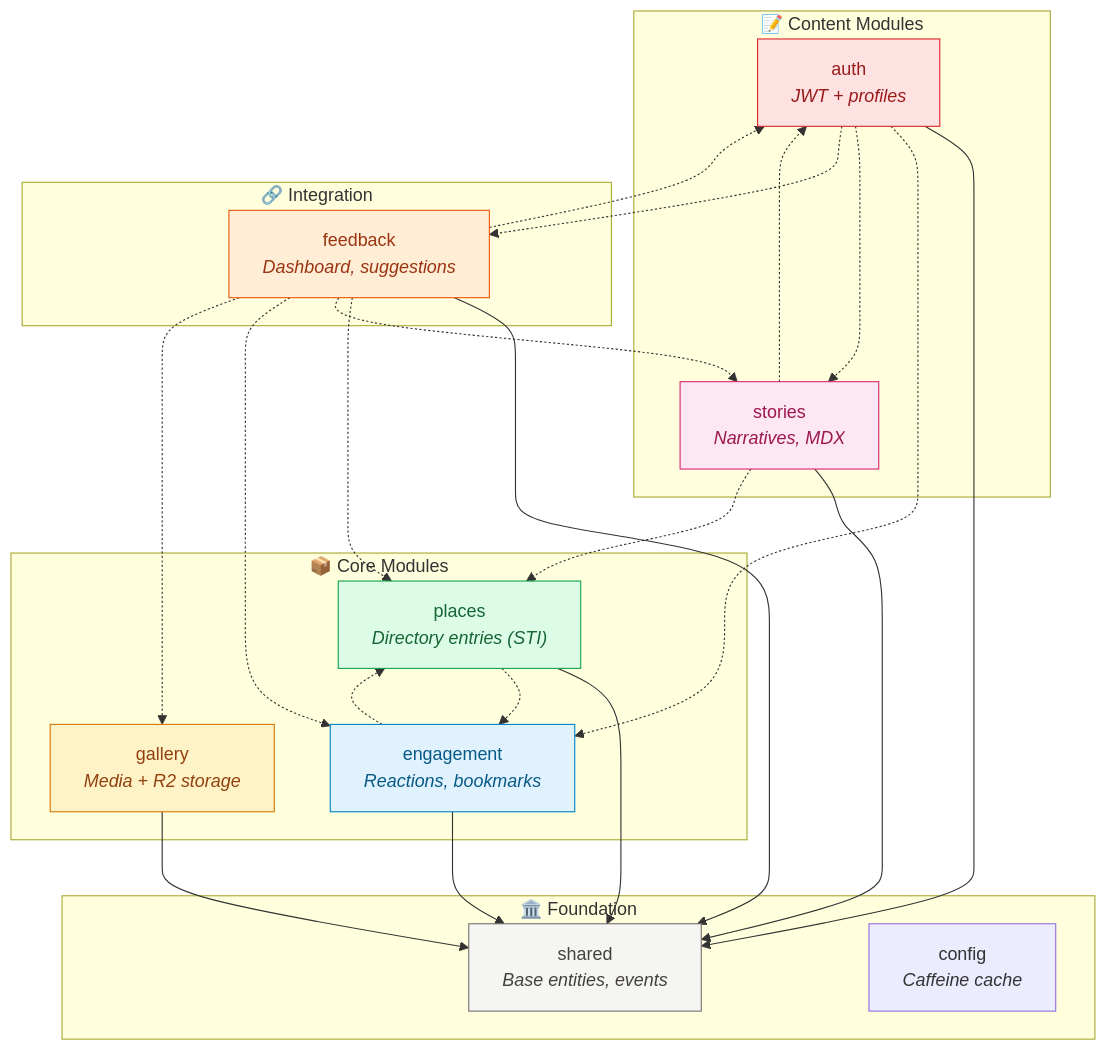
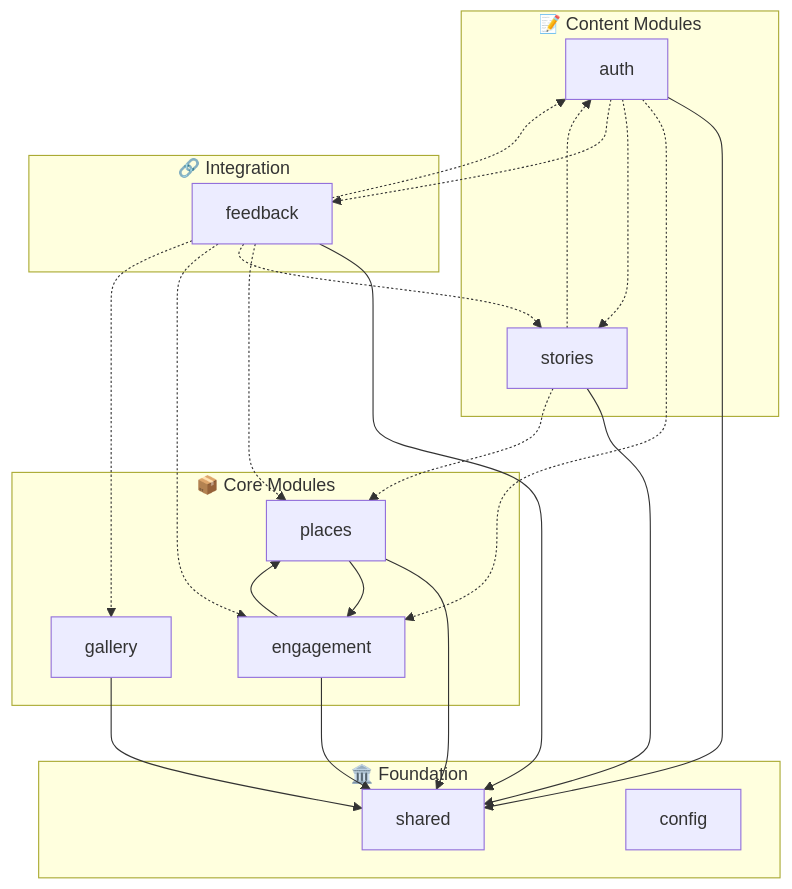
One commit to deznode/nosilha changed the first of 2 diagrams in docs/spring-modulith.md. Above: the diagram before and after it, drawn with Mermaid. The commit also changed other lines of this file and 15 other files, not shown here.

````diff
--- a/docs/spring-modulith.md
+++ b/docs/spring-modulith.md
@@ -32,54 +25,43 @@
 ```mermaid
 flowchart TB
     subgraph Foundation["🏛️ Foundation"]
-        shared["shared\n<i>Base entities, events</i>"]
-        config["config\n<i>Caffeine cache</i>"]
+        shared["shared"]
+        config["config"]
     end
 
     subgraph Core["📦 Core Modules"]
-        places["places\n<i>Directory entries (STI)</i>"]
-        gallery["gallery\n<i>Media + R2 storage</i>"]
-        engagement["engagement\n<i>Reactions, bookmarks</i>"]
+        places["places"]
+        gallery["gallery"]
+        engagement["engagement"]
     end
 
     subgraph Content["📝 Content Modules"]
-        auth["auth\n<i>JWT + profiles</i>"]
-        stories["stories\n<i>Narratives, MDX</i>"]
+        auth["auth"]
+        stories["stories"]
     end
 
     subgraph Integration["🔗 Integration"]
-        feedback["feedback\n<i>Dashboard, suggestions</i>"]
+        feedback["feedback"]
     end
 
-    %% Core dependencies
     places --> shared
-    places -.-> engagement
+    places --> engagement
     gallery --> shared
     engagement --> shared
-    engagement -.-> places
+    engagement --> places
 
-    %% Content dependencies
     auth --> shared
     auth -.-> engagement
     auth -.-> stories
     auth -.-> feedback
     stories --> shared
     stories -.-> auth
     stories -.-> places
 
-    %% Integration dependencies
     feedback --> shared
     feedback -.-> auth
     feedback -.-> places
     feedback -.-> stories
     feedback -.-> engagement
     feedback -.-> gallery
-
-    style shared fill:#f5f5f4,stroke:#78716c,color:#44403c
-    style places fill:#dcfce7,stroke:#16a34a,color:#166534
-    style gallery fill:#fef3c7,stroke:#d97706,color:#92400e
-    style auth fill:#fee2e2,stroke:#dc2626,color:#991b1b
-    style stories fill:#fce7f3,stroke:#db2777,color:#9d174d
-    style feedback fill:#ffedd5,stroke:#ea580c,color:#9a3412
-    style engagement fill:#e0f2fe,stroke:#0284c7,color:#075985
 ```
````
